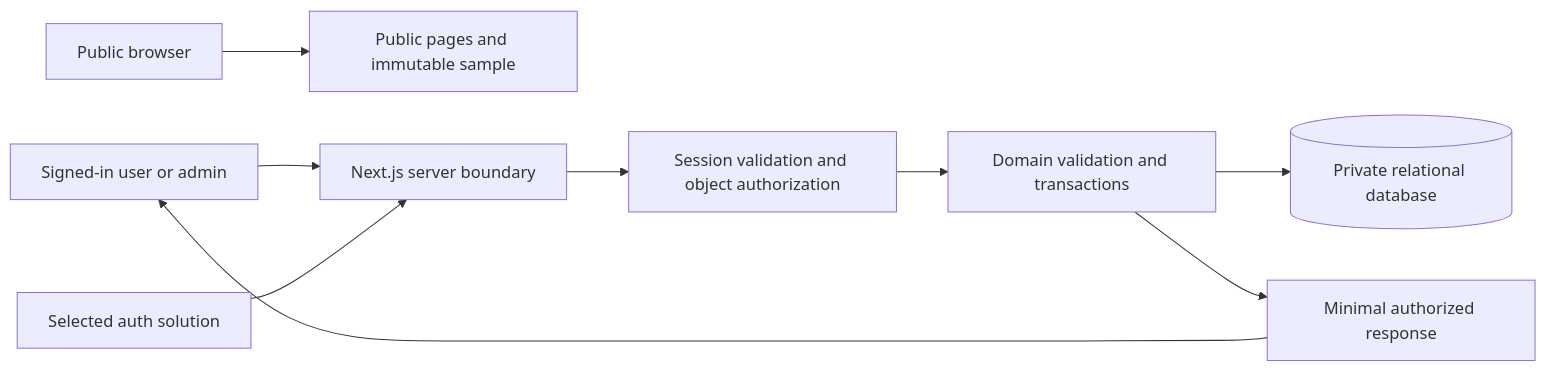
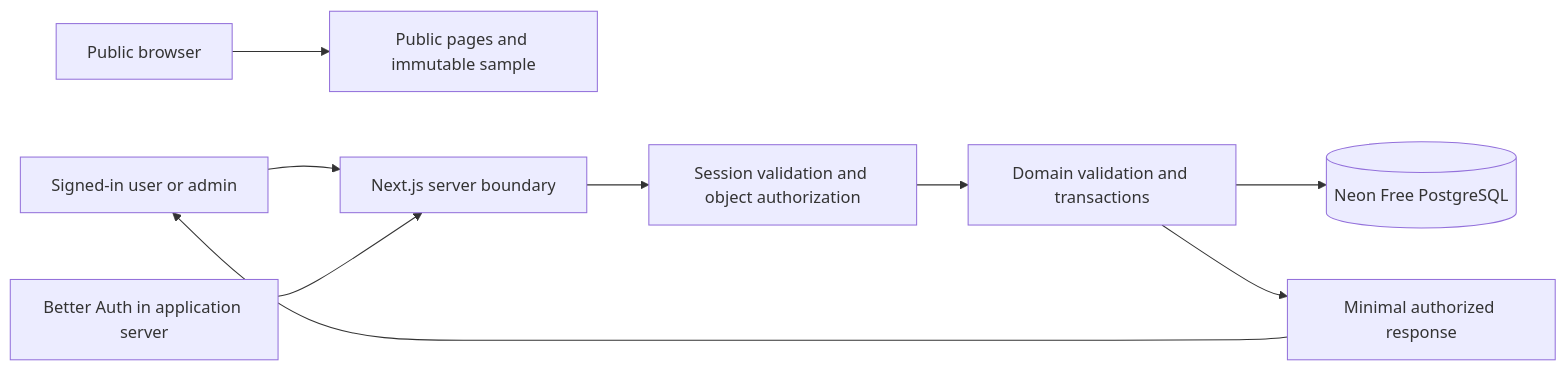
One commit to alifaguslerian/CELAHAN changed the diagram in docs/engineering/ARCHITECTURE.md. Above: the diagram before and after it, drawn with Mermaid. The commit also changed other lines of this file, not shown here.

````diff
--- a/docs/engineering/ARCHITECTURE.md
+++ b/docs/engineering/ARCHITECTURE.md
@@ -11,11 +11,11 @@
 ```mermaid
 flowchart LR
   P[Public browser] --> W[Public pages and immutable sample]
   U[Signed-in user or admin] --> S[Next.js server boundary]
-  A[Selected auth solution] --> S
+  A[Better Auth in application server] --> S
   S --> Z[Session validation and object authorization]
   Z --> V[Domain validation and transactions]
-  V --> D[(Private relational database)]
+  V --> D[(Neon Free PostgreSQL)]
   V --> R[Minimal authorized response]
   R --> U
 ```
````
